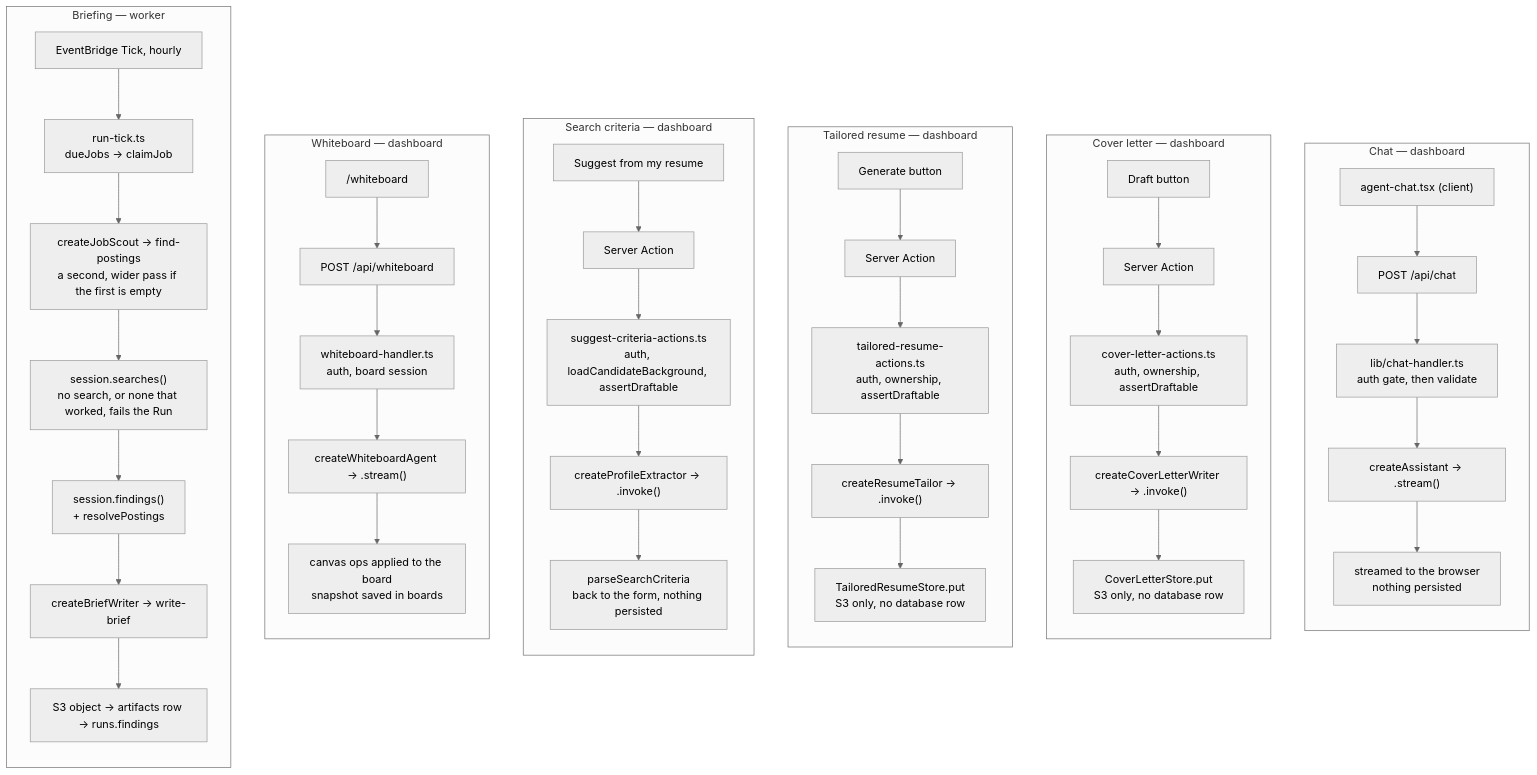
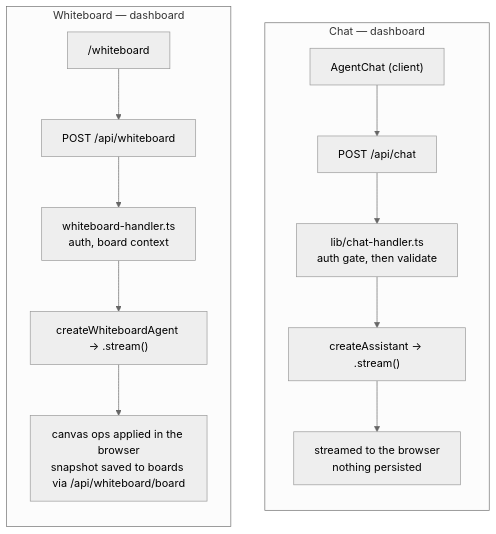
One commit to sunnyeyles/control-panel changed the fourth of 5 diagrams in docs/agent-architecture.md. Above: the diagram before and after it, drawn with Mermaid (neutral theme). The commit also changed other lines of this file and 6 other files, not shown here.

````diff
--- a/docs/agent-architecture.md
+++ b/docs/agent-architecture.md
@@ -418,52 +219,18 @@
 ```mermaid
 flowchart TD
     subgraph chat ["Chat — dashboard"]
         direction TB
-        C1["agent-chat.tsx (client)"] --> C2["POST /api/chat"]
+        C1["AgentChat (client)"] --> C2["POST /api/chat"]
         C2 --> C3["lib/chat-handler.ts<br/>auth gate, then validate"]
         C3 --> C4["createAssistant → .stream()"]
         C4 --> C5["streamed to the browser<br/>nothing persisted"]
     end
 
-    subgraph letter ["Cover letter — dashboard"]
-        direction TB
-        L1["Draft button"] --> L2["Server Action"]
-        L2 --> L3["cover-letter-actions.ts<br/>auth, ownership, assertDraftable"]
-        L3 --> L4["createCoverLetterWriter → .invoke()"]
-        L4 --> L5["CoverLetterStore.put<br/>S3 only, no database row"]
-    end
-
-    subgraph resume ["Tailored resume — dashboard"]
-        direction TB
-        R1["Generate button"] --> R2["Server Action"]
-        R2 --> R3["tailored-resume-actions.ts<br/>auth, ownership, assertDraftable"]
-        R3 --> R4["createResumeTailor → .invoke()"]
-        R4 --> R5["TailoredResumeStore.put<br/>S3 only, no database row"]
-    end
-
-    subgraph criteria ["Search criteria — dashboard"]
-        direction TB
-        S1["Suggest from my resume"] --> S2["Server Action"]
-        S2 --> S3["suggest-criteria-actions.ts<br/>auth, loadCandidateBackground, assertDraftable"]
-        S3 --> S4["createProfileExtractor → .invoke()"]
-        S4 --> S5["parseSearchCriteria<br/>back to the form, nothing persisted"]
-    end
-
     subgraph whiteboard ["Whiteboard — dashboard"]
         direction TB
         W1["/whiteboard"] --> W2["POST /api/whiteboard"]
-        W2 --> W3["whiteboard-handler.ts<br/>auth, board session"]
+        W2 --> W3["whiteboard-handler.ts<br/>auth, board context"]
         W3 --> W4["createWhiteboardAgent → .stream()"]
-        W4 --> W5["canvas ops applied to the board<br/>snapshot saved in boards"]
-    end
-
-    subgraph brief ["Briefing — worker"]
-        direction TB
-        B1["EventBridge Tick, hourly"] --> B2["run-tick.ts<br/>dueJobs → claimJob"]
-        B2 --> B3["createJobScout → find-postings<br/>a second, wider pass if the first is empty"]
-        B3 --> B4["session.searches()<br/>no search, or none that worked, fails the Run"]
-        B4 --> B5["session.findings()<br/>+ resolvePostings"]
-        B5 --> B6["createBriefWriter → write-brief"]
-        B6 --> B7["S3 object → artifacts row → runs.findings"]
+        W4 --> W5["canvas ops applied in the browser<br/>snapshot saved to boards via /api/whiteboard/board"]
     end
 ```
````
